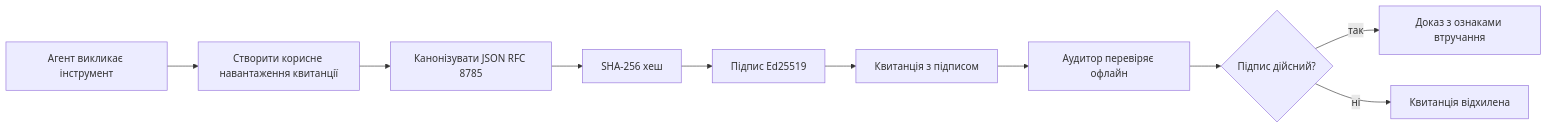
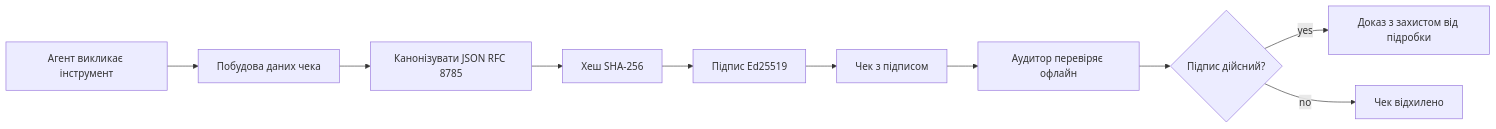
The first of 2 diagrams in translations/uk/18-securing-ai-agents/README.md (microsoft/ai-agents-for-beginners), drawn with Mermaid before and after one commit. The commit also changed other lines of this file and 225 other files, not shown here.

````diff
--- a/translations/uk/18-securing-ai-agents/README.md
+++ b/translations/uk/18-securing-ai-agents/README.md
@@ -51,12 +51,12 @@
 ```mermaid
 flowchart LR
-    A[Агент викликає інструмент] --> B[Створити корисне навантаження квитанції]
+    A[Агент викликає інструмент] --> B[Побудова даних чека]
     B --> C[Канонізувати JSON RFC 8785]
-    C --> D[SHA-256 хеш]
+    C --> D[Хеш SHA-256]
     D --> E[Підпис Ed25519]
-    E --> F[Квитанція з підписом]
+    E --> F[Чек з підписом]
     F --> G[Аудитор перевіряє офлайн]
     G --> H{Підпис дійсний?}
-    H -- так --> I[Доказ з ознаками втручання]
-    H -- ні --> J[Квитанція відхилена]
+    H -- yes --> I[Доказ з захистом від підробки]
+    H -- no --> J[Чек відхилено]
 ```
````
